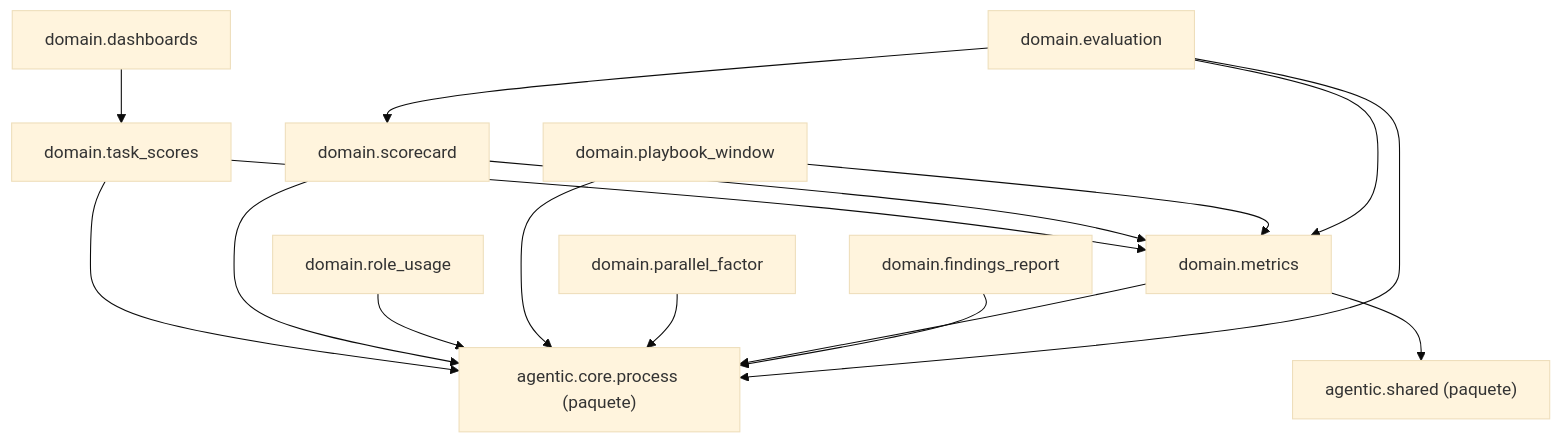
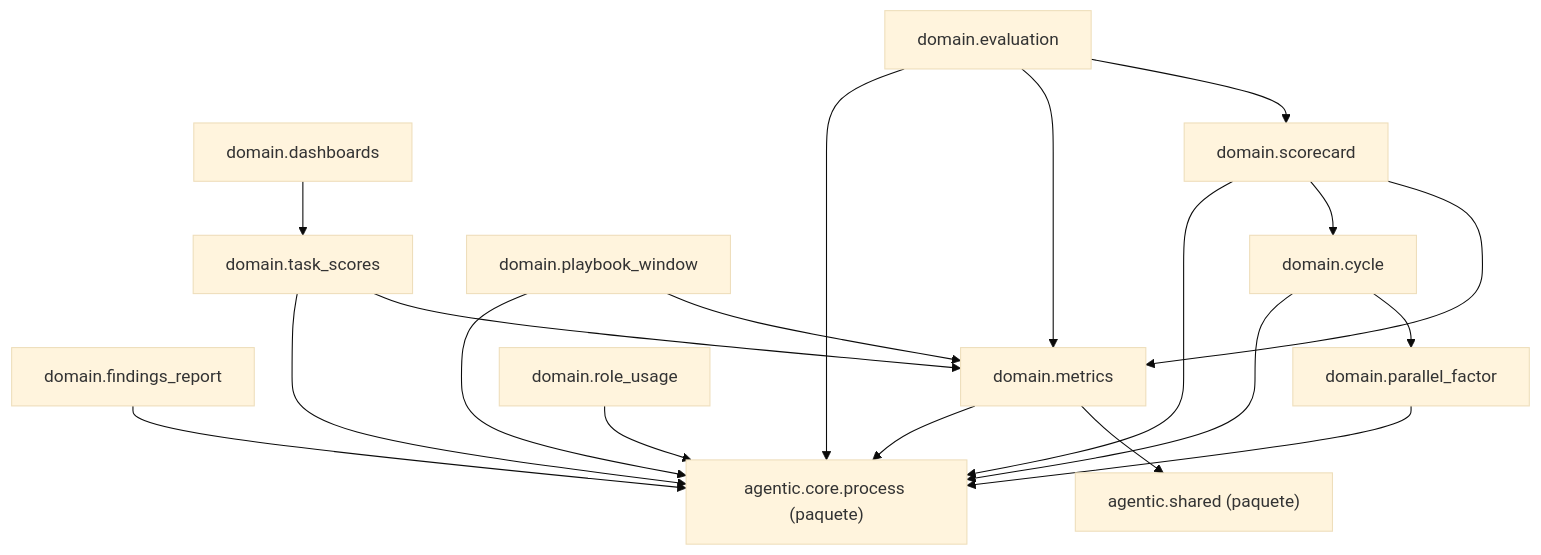
The diagram in docs/architecture/generated/packages-measurement-domain.md (GonzaloZevallos/agentic-system), drawn with Mermaid (base theme) before and after one commit. The commit also changed 2 other files, not shown here.

Commit message:
Regenerate the CLI reference and architecture docs for eval compare --experiment

````diff
--- a/docs/architecture/generated/packages-measurement-domain.md
+++ b/docs/architecture/generated/packages-measurement-domain.md
@@ -8,29 +8,33 @@
 ```mermaid
 graph TD
     g_pkg__agentic__core__process["agentic.core.process (paquete)"]
     g_pkg__agentic__shared["agentic.shared (paquete)"]
+    m_domain__cycle["domain.cycle"]
     m_domain__dashboards["domain.dashboards"]
     m_domain__evaluation["domain.evaluation"]
     m_domain__findings_report["domain.findings_report"]
     m_domain__metrics["domain.metrics"]
     m_domain__parallel_factor["domain.parallel_factor"]
     m_domain__playbook_window["domain.playbook_window"]
     m_domain__role_usage["domain.role_usage"]
     m_domain__scorecard["domain.scorecard"]
     m_domain__task_scores["domain.task_scores"]
+    m_domain__cycle --> g_pkg__agentic__core__process
+    m_domain__cycle --> m_domain__parallel_factor
     m_domain__dashboards --> m_domain__task_scores
     m_domain__evaluation --> g_pkg__agentic__core__process
     m_domain__evaluation --> m_domain__metrics
     m_domain__evaluation --> m_domain__scorecard
     m_domain__findings_report --> g_pkg__agentic__core__process
     m_domain__metrics --> g_pkg__agentic__core__process
     m_domain__metrics --> g_pkg__agentic__shared
     m_domain__parallel_factor --> g_pkg__agentic__core__process
     m_domain__playbook_window --> g_pkg__agentic__core__process
     m_domain__playbook_window --> m_domain__metrics
     m_domain__role_usage --> g_pkg__agentic__core__process
     m_domain__scorecard --> g_pkg__agentic__core__process
+    m_domain__scorecard --> m_domain__cycle
     m_domain__scorecard --> m_domain__metrics
     m_domain__task_scores --> g_pkg__agentic__core__process
     m_domain__task_scores --> m_domain__metrics
 ```
````
